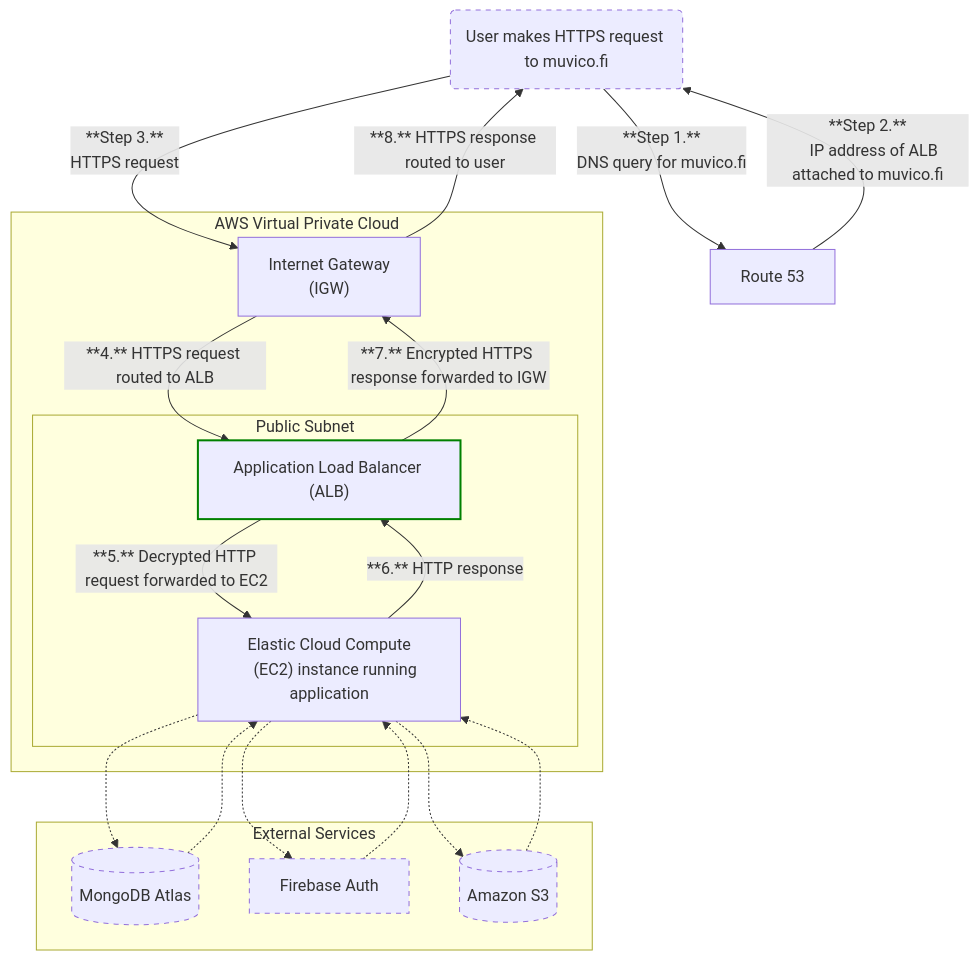
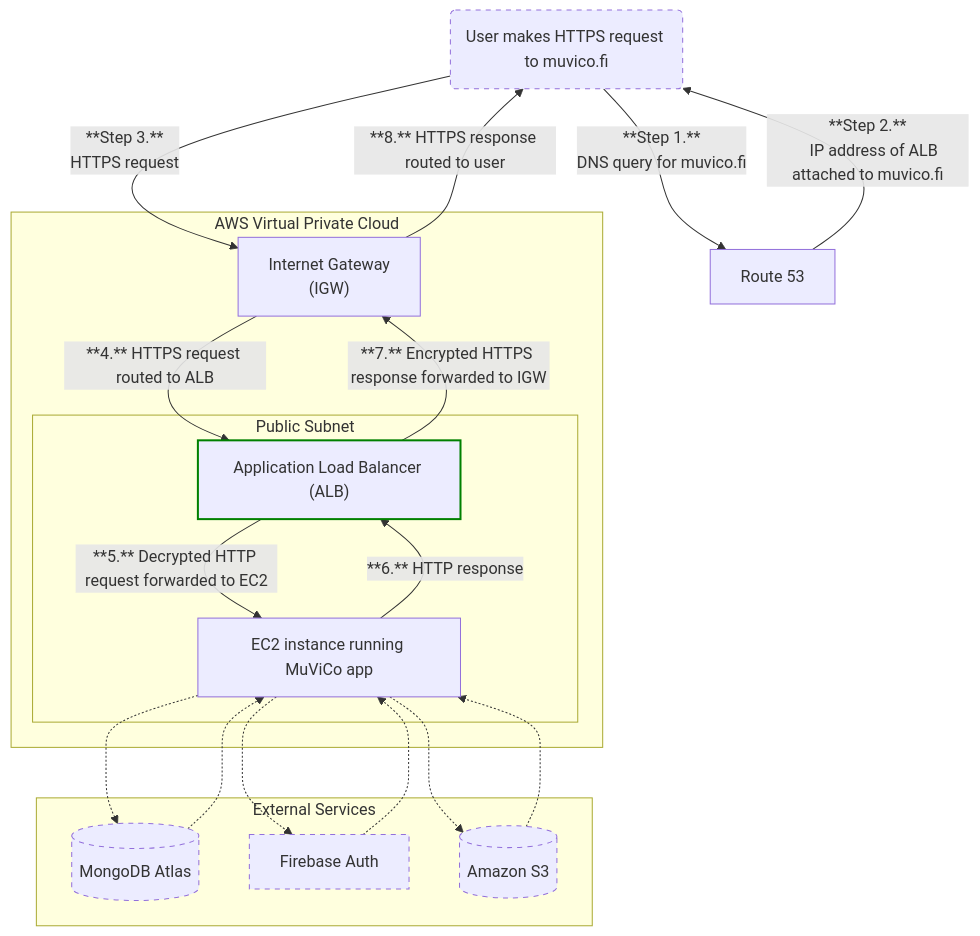
Before and after one commit to MuViCo/MuViCo: the third of 3 diagrams in documentation/https-setup.md, drawn with Mermaid. The commit also changed other lines of this file, not shown here.

````diff
--- a/documentation/https-setup.md
+++ b/documentation/https-setup.md
@@ -219,47 +222,46 @@
 ```mermaid
 flowchart TD
     User("User makes HTTPS request to muvico.fi")
     DNS["Route 53"]
     IGW["Internet Gateway
     (IGW)"]
     ALB["Application Load Balancer (ALB)"]
-    ECS["Elastic Cloud Compute
-    (EC2) instance running application"]
+    ECS["EC2 instance running MuViCo app"]
 
     classDef alb stroke:green,stroke-width:2px
     classDef external stroke-dasharray: 5 5
 
     %% DNS resolution
     User:::external -->|"**Step 1.**
     DNS query for muvico.fi"| DNS
     DNS -->|"**Step 2.**
     IP address of ALB attached to muvico.fi"| User
 
     %% HTTPS and HTTP flows
     User -->|"**Step 3.**
     HTTPS request"| IGW
 
     IGW -->|"**4.** HTTPS request routed to ALB"| ALB
 
     ALB -->|"**5.** Decrypted HTTP request forwarded to EC2"| ECS
     ECS -->|"**6.** HTTP response"| ALB
     ALB -->|"**7.** Encrypted HTTPS response forwarded to IGW"| IGW
     IGW -->|"**8.** HTTPS response routed to user"| User
 
     subgraph "AWS Virtual Private Cloud"
         IGW
         subgraph Public Subnet
             ALB:::alb
             ECS
         end
     end
 
     subgraph External Services
         ECS -.-> D[(MongoDB Atlas)]:::external
         D -.-> ECS
         ECS -.-> E[Firebase Auth]:::external
         E -.-> ECS
         ECS -.-> F[(Amazon S3)]:::external
         F -.-> ECS
     end
 ```
````
